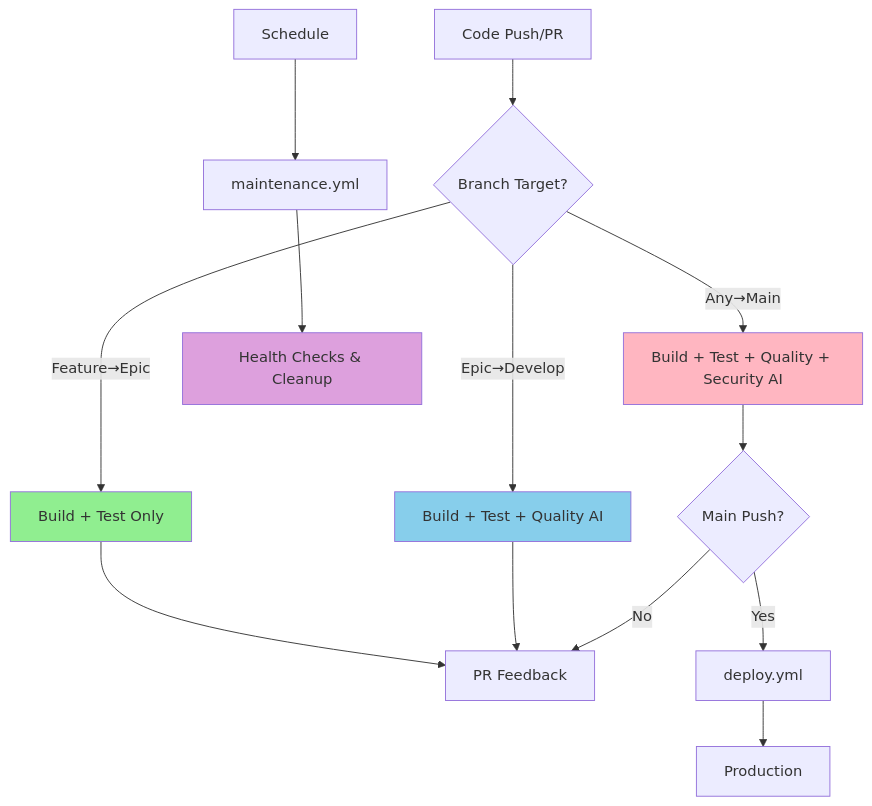
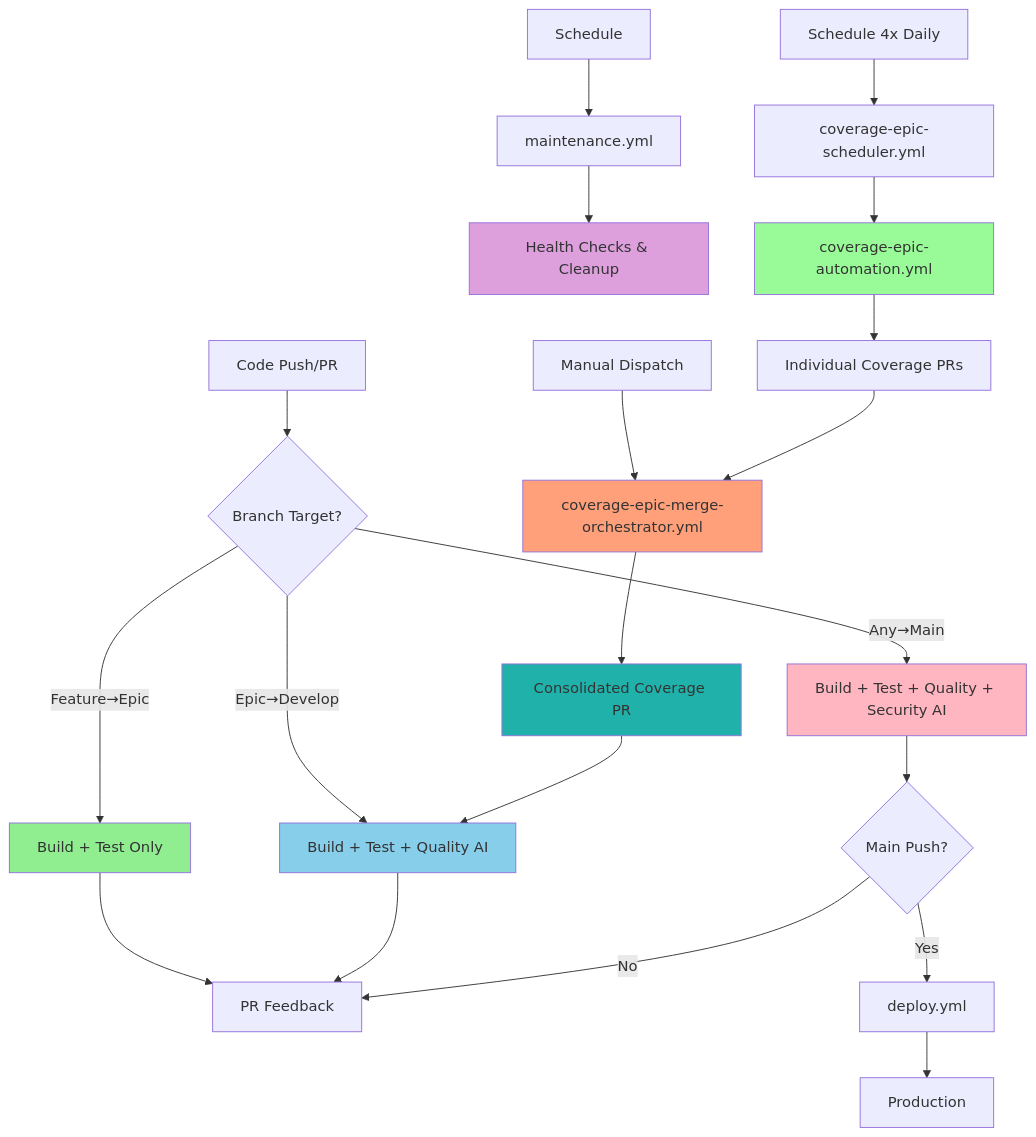
The diagram in .github/workflows/README.md (Zarichney-Development/zarichney-api), drawn with Mermaid before and after one commit. The commit also changed other lines of this file and 11 other files, not shown here.

First line of the commit message:
ci: Add Coverage Epic Merge Orchestrator with 8-PR optimization (#145)

````diff
--- a/.github/workflows/README.md
+++ b/.github/workflows/README.md
@@ -54,25 +57,37 @@
 ```mermaid
 graph TD
     A[Code Push/PR] --> B{Branch Target?}
     
     B -->|Feature→Epic| C[Build + Test Only]
     B -->|Epic→Develop| D[Build + Test + Quality AI]
     B -->|Any→Main| E[Build + Test + Quality + Security AI]
     
     C --> F[PR Feedback]
     D --> F
     E --> G{Main Push?}
     
     G -->|Yes| H[deploy.yml]
     G -->|No| F
     
     H --> I[Production]
     
     J[Schedule] --> K[maintenance.yml]
     K --> L[Health Checks & Cleanup]
     
+    M[Schedule 4x Daily] --> N[coverage-epic-scheduler.yml]
+    N --> O[coverage-epic-automation.yml]
+    O --> P[Individual Coverage PRs]
+    
+    Q[Manual Dispatch] --> R[coverage-epic-merge-orchestrator.yml]
+    P --> R
+    R --> S[Consolidated Coverage PR]
+    S --> D
+    
     style C fill:#90EE90
     style D fill:#87CEEB
     style E fill:#FFB6C1
     style L fill:#DDA0DD
+    style O fill:#98FB98
+    style R fill:#FFA07A
+    style S fill:#20B2AA
 ```
````
